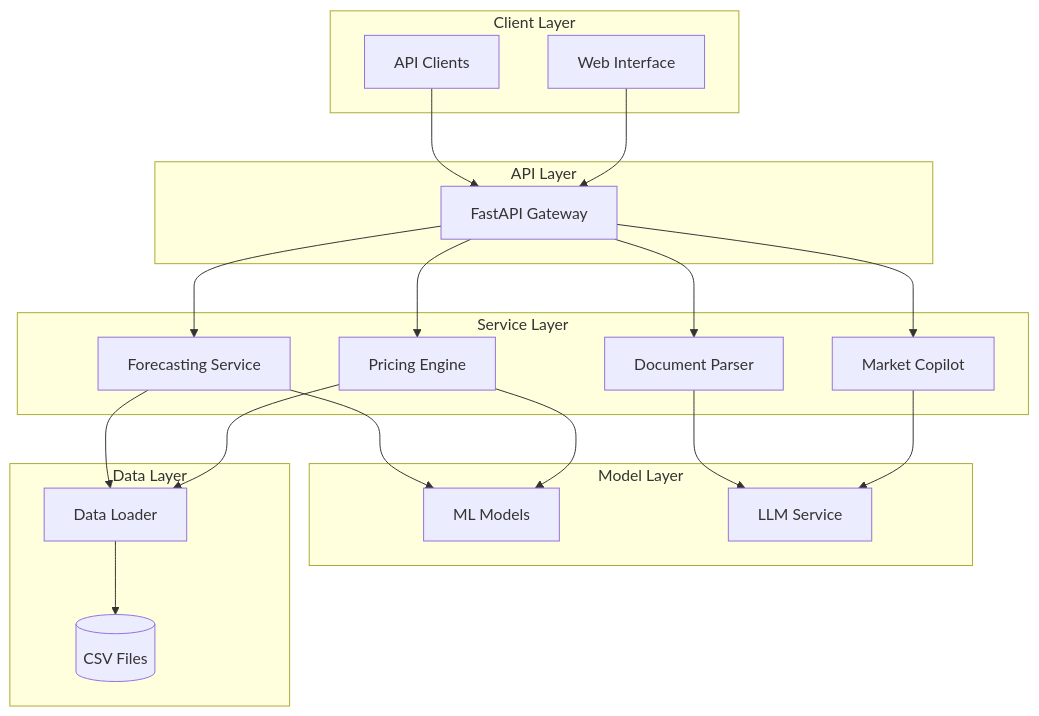
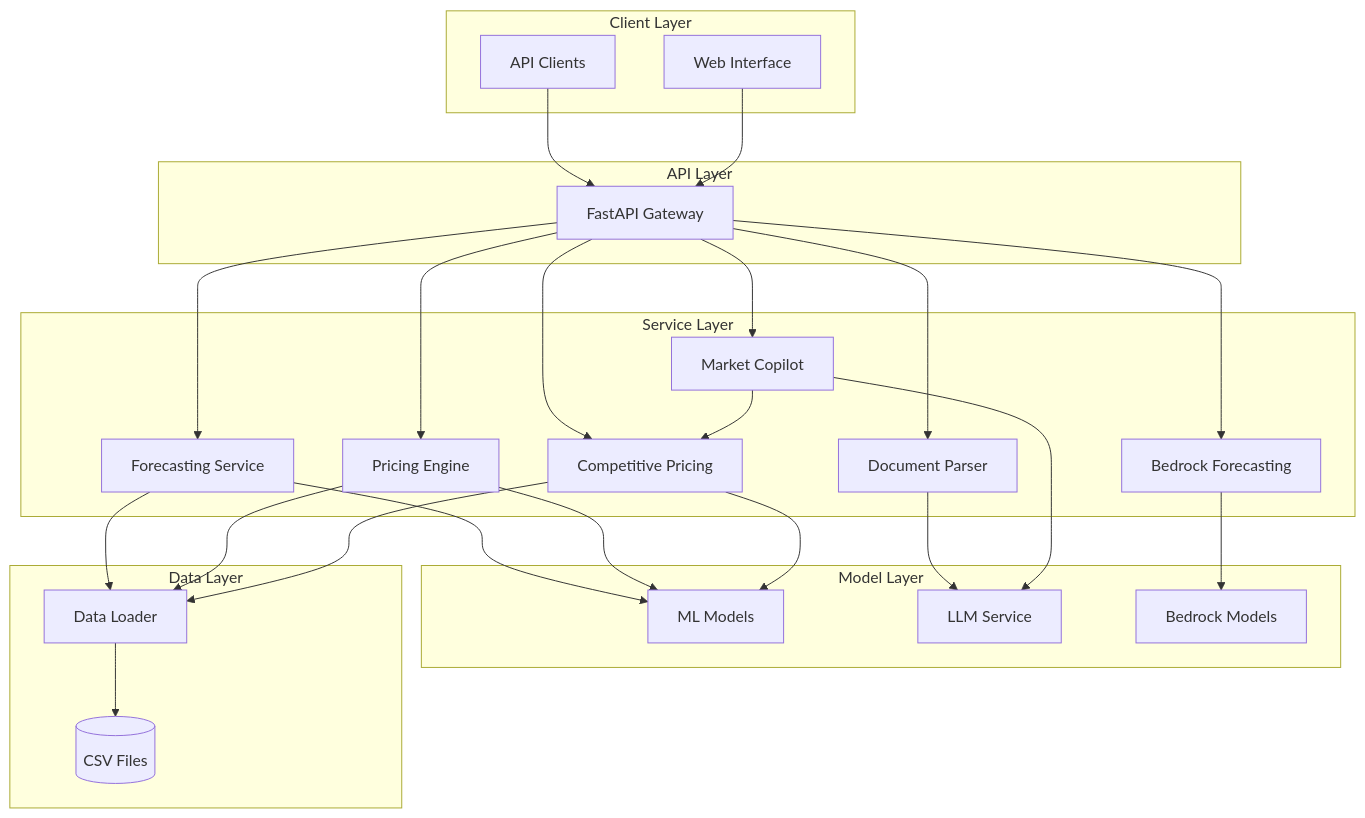
The diagram in .kiro/specs/ai-retail-intelligence/design.md (anandr16910/ai-retail-intelligence), drawn with Mermaid before and after one commit. The commit also changed other lines of this file and 19 other files, not shown here.

````diff
--- a/.kiro/specs/ai-retail-intelligence/design.md
+++ b/.kiro/specs/ai-retail-intelligence/design.md
@@ -32,42 +35,51 @@
 ```mermaid
 graph TB
     subgraph "Client Layer"
         API[API Clients]
         WEB[Web Interface]
     end
     
     subgraph "API Layer"
         FASTAPI[FastAPI Gateway]
     end
     
     subgraph "Service Layer"
         FC[Forecasting Service]
         PE[Pricing Engine]
+        CP[Competitive Pricing]
+        BF[Bedrock Forecasting]
         DP[Document Parser]
         MC[Market Copilot]
     end
     
     subgraph "Model Layer"
         ML[ML Models]
         LLM[LLM Service]
+        BEDROCK[Bedrock Models]
     end
     
     subgraph "Data Layer"
         DL[Data Loader]
         CSV[(CSV Files)]
     end
     
     API --> FASTAPI
     WEB --> FASTAPI
     FASTAPI --> FC
     FASTAPI --> PE
+    FASTAPI --> CP
+    FASTAPI --> BF
     FASTAPI --> DP
     FASTAPI --> MC
     FC --> ML
     PE --> ML
+    CP --> ML
+    BF --> BEDROCK
     DP --> LLM
     MC --> LLM
+    MC --> CP
     FC --> DL
     PE --> DL
+    CP --> DL
     DL --> CSV
 ```
````
